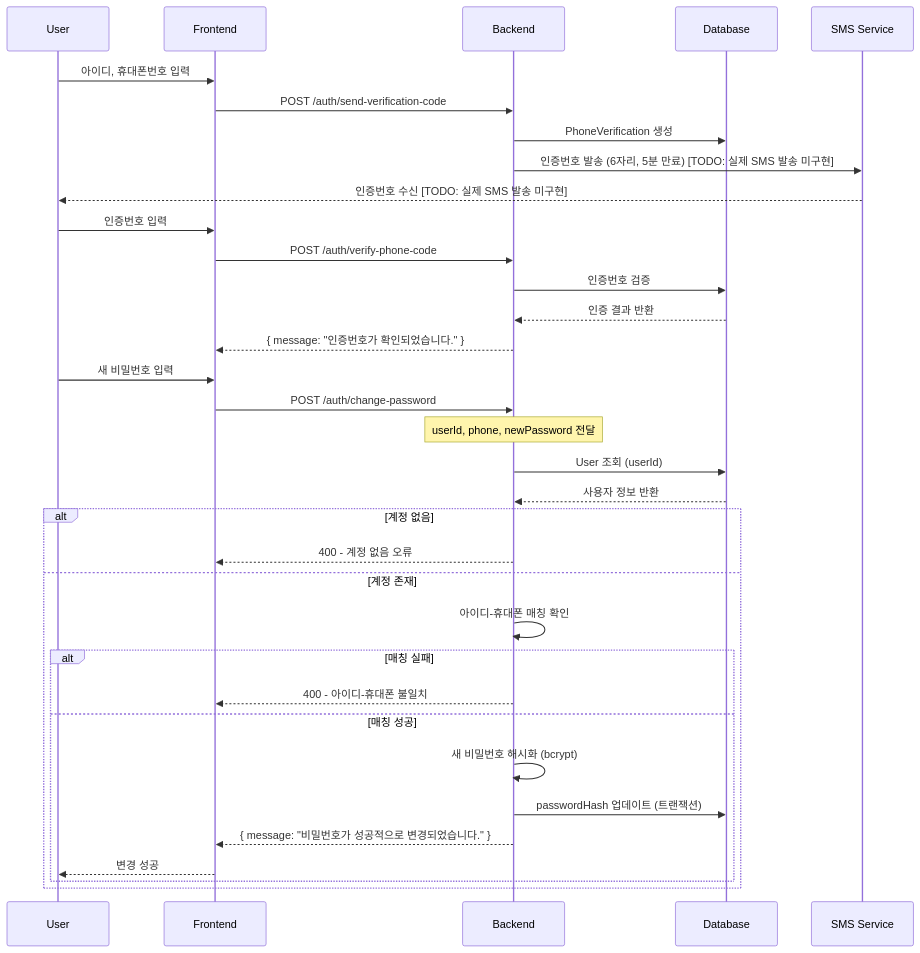
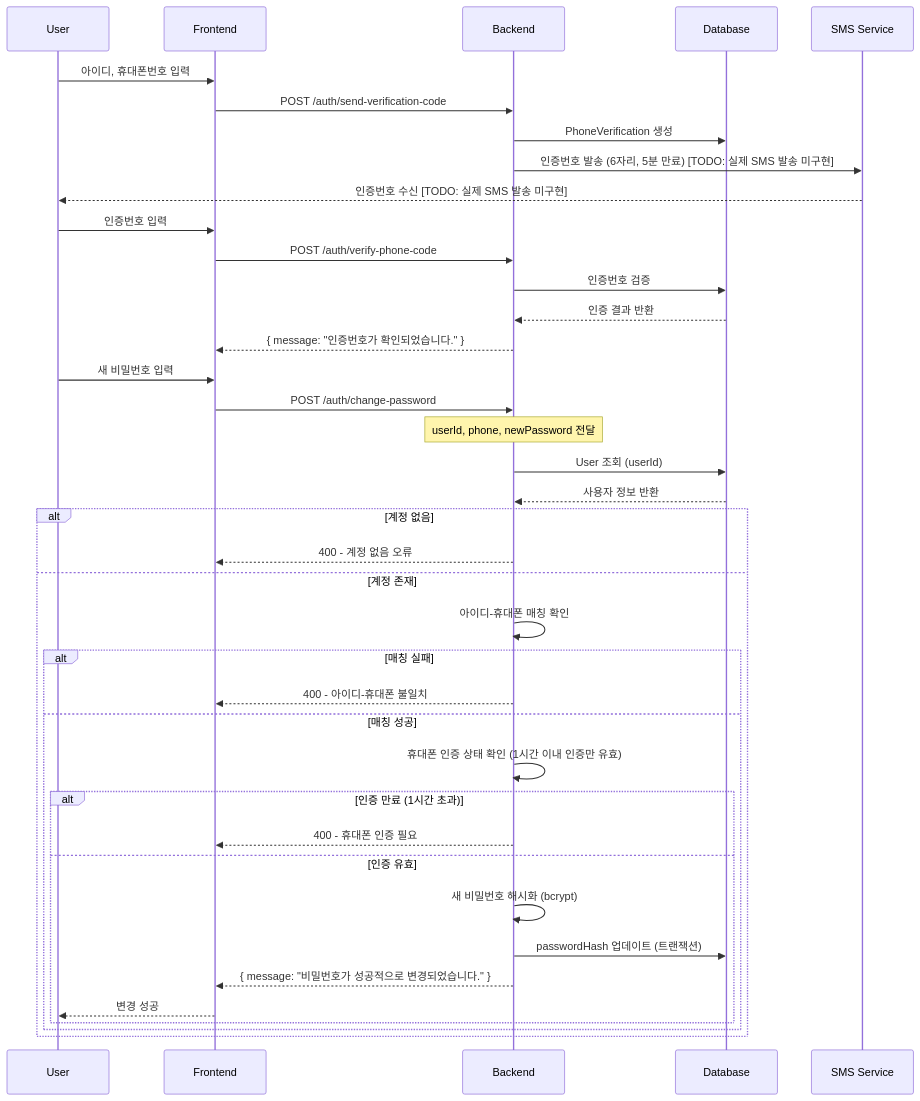
One commit to ServicePlayground/sweet-order changed the seventh of 9 diagrams in apps/web-user/backend/docs/통합 로그인 및 회원가입 - 가이드.md. Above: the diagram before and after it, drawn with Mermaid. The commit also changed other lines of this file and 4 other files, not shown here.

````diff
--- a/apps/web-user/backend/docs/통합 로그인 및 회원가입 - 가이드.md
+++ b/apps/web-user/backend/docs/통합 로그인 및 회원가입 - 가이드.md
@@ -291,40 +304,45 @@
 ```mermaid
 sequenceDiagram
     participant U as User
     participant F as Frontend
     participant B as Backend
     participant DB as Database
     participant SMS as SMS Service
 
     U->>F: 아이디, 휴대폰번호 입력
     F->>B: POST /auth/send-verification-code
     B->>DB: PhoneVerification 생성
     B->>SMS: 인증번호 발송 (6자리, 5분 만료) [TODO: 실제 SMS 발송 미구현]
     SMS-->>U: 인증번호 수신 [TODO: 실제 SMS 발송 미구현]
 
     U->>F: 인증번호 입력
     F->>B: POST /auth/verify-phone-code
     B->>DB: 인증번호 검증
     DB-->>B: 인증 결과 반환
     B-->>F: { message: "인증번호가 확인되었습니다." }
 
     U->>F: 새 비밀번호 입력
     F->>B: POST /auth/change-password
     Note over B: userId, phone, newPassword 전달
     B->>DB: User 조회 (userId)
     DB-->>B: 사용자 정보 반환
 
     alt 계정 없음
         B-->>F: 400 - 계정 없음 오류
     else 계정 존재
         B->>B: 아이디-휴대폰 매칭 확인
         alt 매칭 실패
             B-->>F: 400 - 아이디-휴대폰 불일치
         else 매칭 성공
-            B->>B: 새 비밀번호 해시화 (bcrypt)
-            B->>DB: passwordHash 업데이트 (트랜잭션)
-            B-->>F: { message: "비밀번호가 성공적으로 변경되었습니다." }
-            F-->>U: 변경 성공
+            B->>B: 휴대폰 인증 상태 확인 (1시간 이내 인증만 유효)
+            alt 인증 만료 (1시간 초과)
+                B-->>F: 400 - 휴대폰 인증 필요
+            else 인증 유효
+                B->>B: 새 비밀번호 해시화 (bcrypt)
+                B->>DB: passwordHash 업데이트 (트랜잭션)
+                B-->>F: { message: "비밀번호가 성공적으로 변경되었습니다." }
+                F-->>U: 변경 성공
+            end
         end
     end
 ```
````
